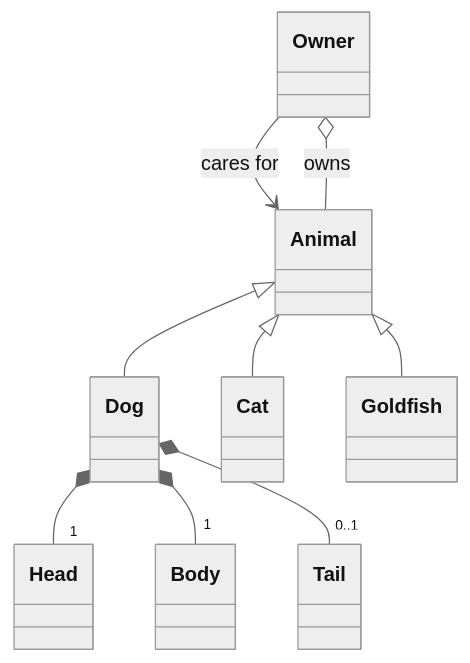
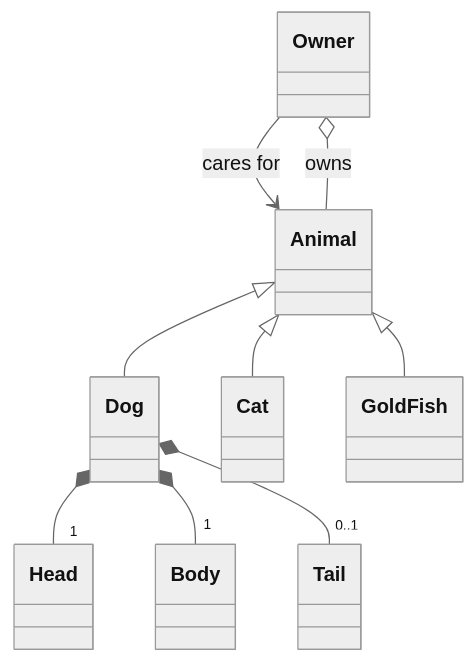
Before and after one commit to UPPMAX/programming_formalisms: the second of 2 diagrams in docs/modularity/modular.md, drawn with Mermaid (neutral theme).

Commit message:
Fix class diagram

````diff
--- a/docs/modularity/modular.md
+++ b/docs/modularity/modular.md
@@ -114,11 +114,11 @@
 ```mermaid
 classDiagram
     Owner --> Animal: cares for
     Owner o-- Animal: owns
     Dog *-- "1"Head
     Dog *-- "1"Body
     Dog *-- "0..1"Tail
     Animal <|-- Dog
     Animal <|-- Cat
-    Animal <|-- Goldfish
+    Animal <|-- GoldFish
 ```
````
